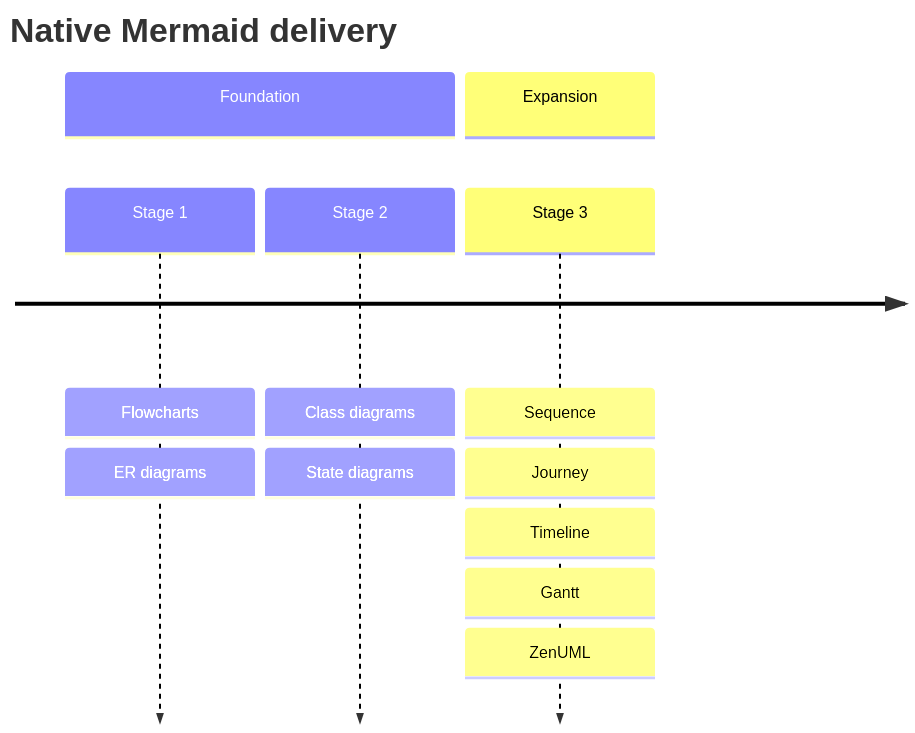
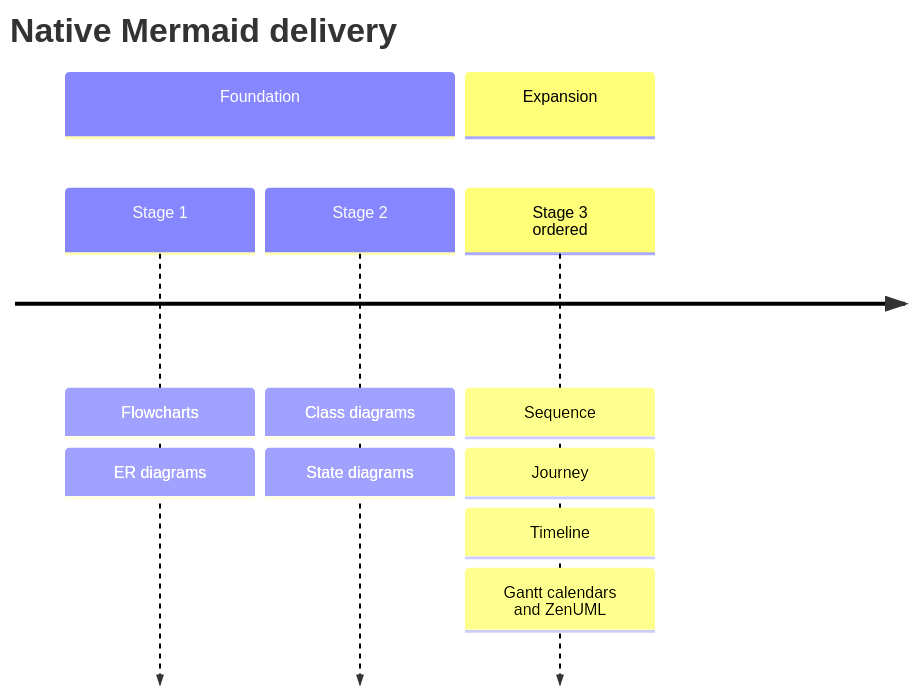
The diagram in examples/mermaid/timeline.mmd (reardan/w), drawn with Mermaid before and after one commit. The commit also changed 9 other files, not shown here.

First line of the commit message:
mermaid: Gantt calendars, ZenUML creation/try/annotations, sequence links, timeline breaks

```diff
--- a/examples/mermaid/timeline.mmd
+++ b/examples/mermaid/timeline.mmd
@@ -1,8 +1,8 @@
 timeline
 title Native Mermaid delivery
 section Foundation
 Stage 1 : Flowcharts : ER diagrams
 Stage 2 : Class diagrams : State diagrams
 section Expansion
-Stage 3 : Sequence : Journey : Timeline
- : Gantt : ZenUML
+Stage 3<br>ordered : Sequence : Journey : Timeline
+ : Gantt calendars<br>and ZenUML
```
